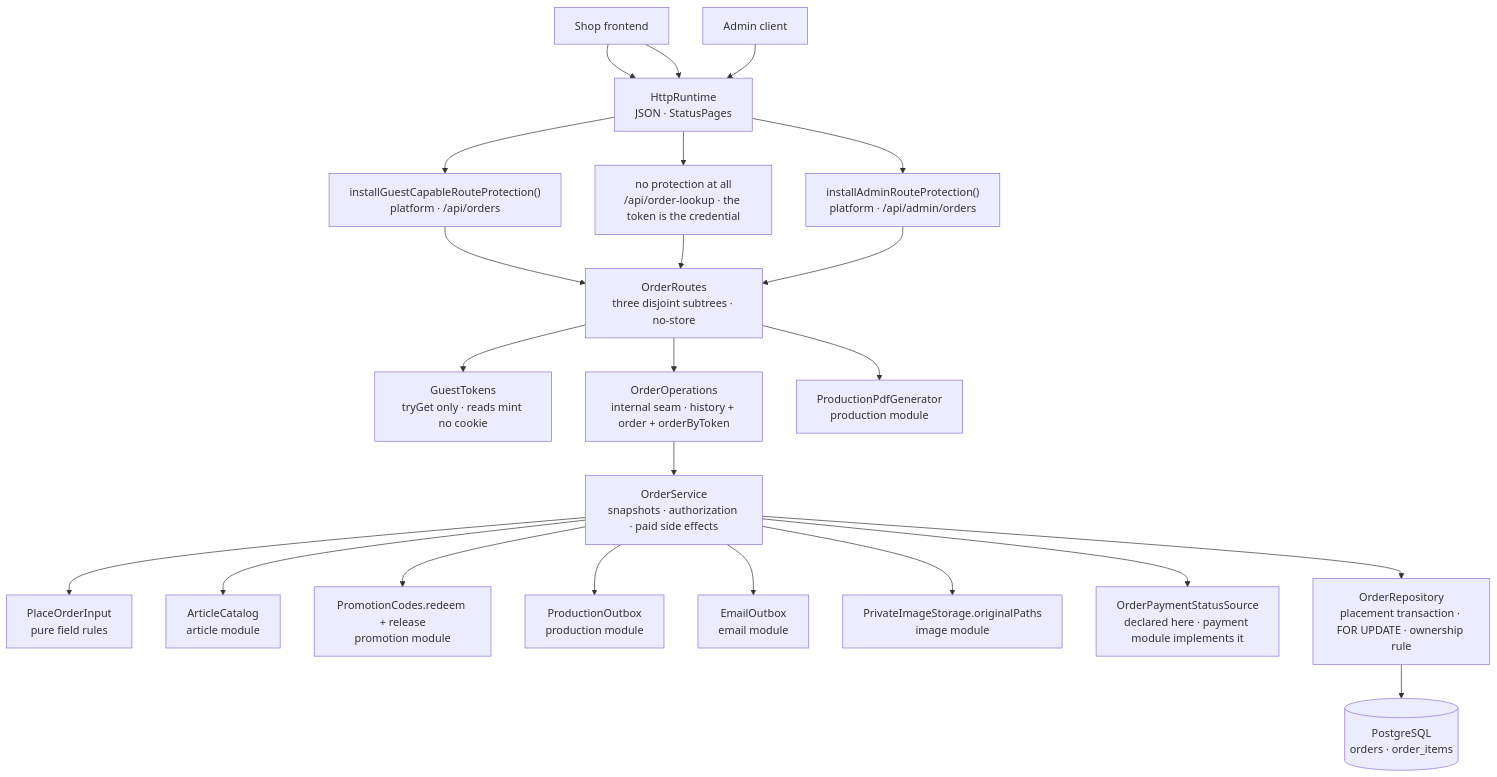
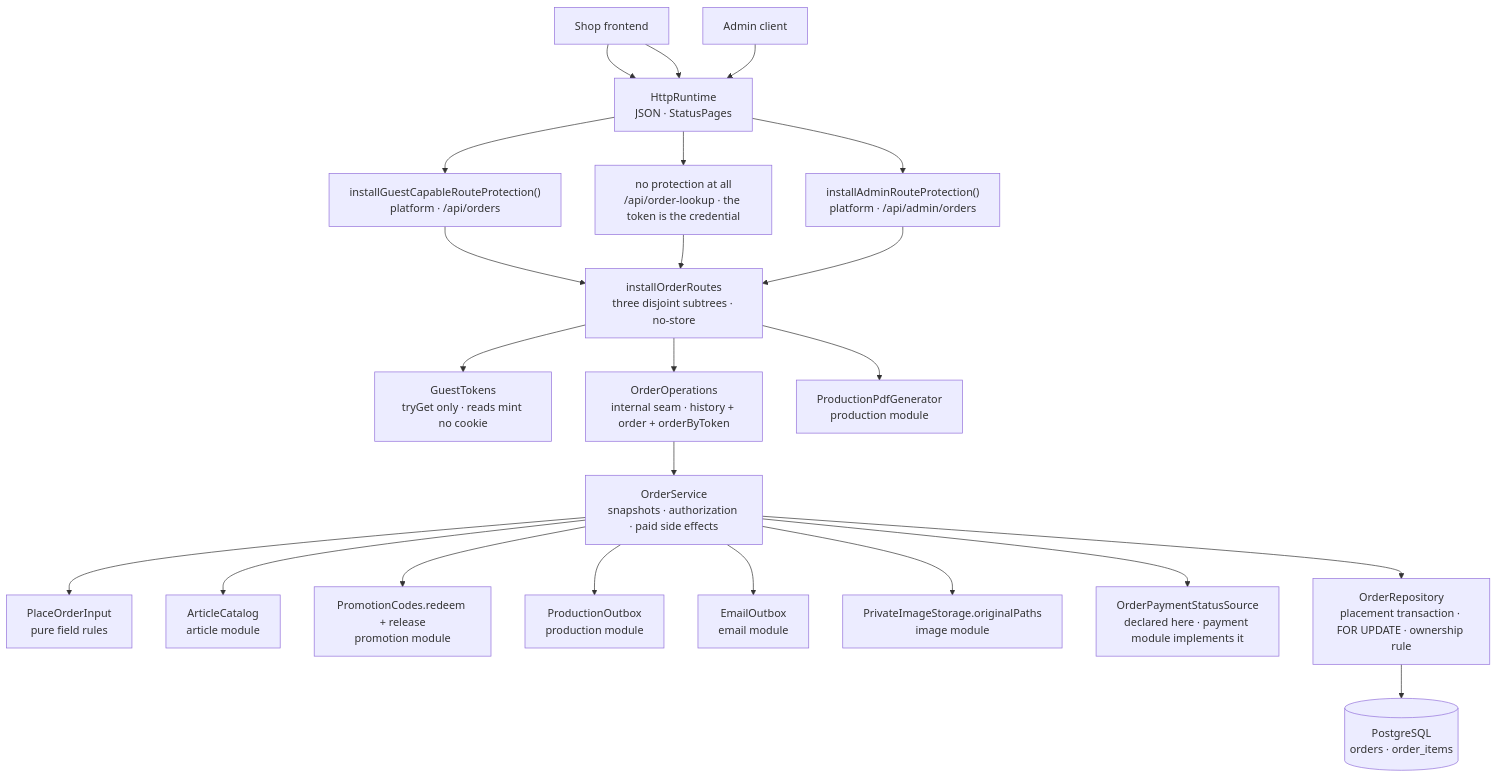
Before and after one commit to bitstorm-tech/voenix-shop-kotlin: the diagram in docs/dev/backend/order-package.md, drawn with Mermaid. The commit also changed other lines of this file and 94 other files, not shown here.

````diff
--- a/docs/dev/backend/order-package.md
+++ b/docs/dev/backend/order-package.md
@@ -39,38 +39,38 @@
 ```mermaid
 flowchart TB
     Client["Shop frontend"]
     Admin["Admin client"]
     Http["HttpRuntime<br/>JSON · StatusPages"]
     Guest["installGuestCapableRouteProtection()<br/>platform · /api/orders"]
     Link["no protection at all<br/>/api/order-lookup · the token is the credential"]
     AdminAuth["installAdminRouteProtection()<br/>platform · /api/admin/orders"]
-    Routes["OrderRoutes<br/>three disjoint subtrees · no-store"]
+    Routes["installOrderRoutes<br/>three disjoint subtrees · no-store"]
     Tokens["GuestTokens<br/>tryGet only · reads mint no cookie"]
     Operations["OrderOperations<br/>internal seam · history + order + orderByToken"]
     Service["OrderService<br/>snapshots · authorization · paid side effects"]
     Input["PlaceOrderInput<br/>pure field rules"]
     Articles["ArticleCatalog<br/>article module"]
     Promotions["PromotionCodes.redeem + release<br/>promotion module"]
     ProdOutbox["ProductionOutbox<br/>production module"]
     MailOutbox["EmailOutbox<br/>email module"]
     Images["PrivateImageStorage.originalPaths<br/>image module"]
     PaymentStatus["OrderPaymentStatusSource<br/>declared here · payment module implements it"]
     Pdfs["ProductionPdfGenerator<br/>production module"]
     Repository["OrderRepository<br/>placement transaction · FOR UPDATE · ownership rule"]
     Tables[("PostgreSQL<br/>orders · order_items")]
 
     Client --> Http --> Guest --> Routes
     Client --> Http --> Link --> Routes
     Admin --> Http --> AdminAuth --> Routes
     Routes --> Tokens
     Routes --> Pdfs
     Routes --> Operations --> Service
     Service --> Input
     Service --> Articles
     Service --> Promotions
     Service --> ProdOutbox
     Service --> MailOutbox
     Service --> Images
     Service --> PaymentStatus
     Service --> Repository --> Tables
 ```
````
